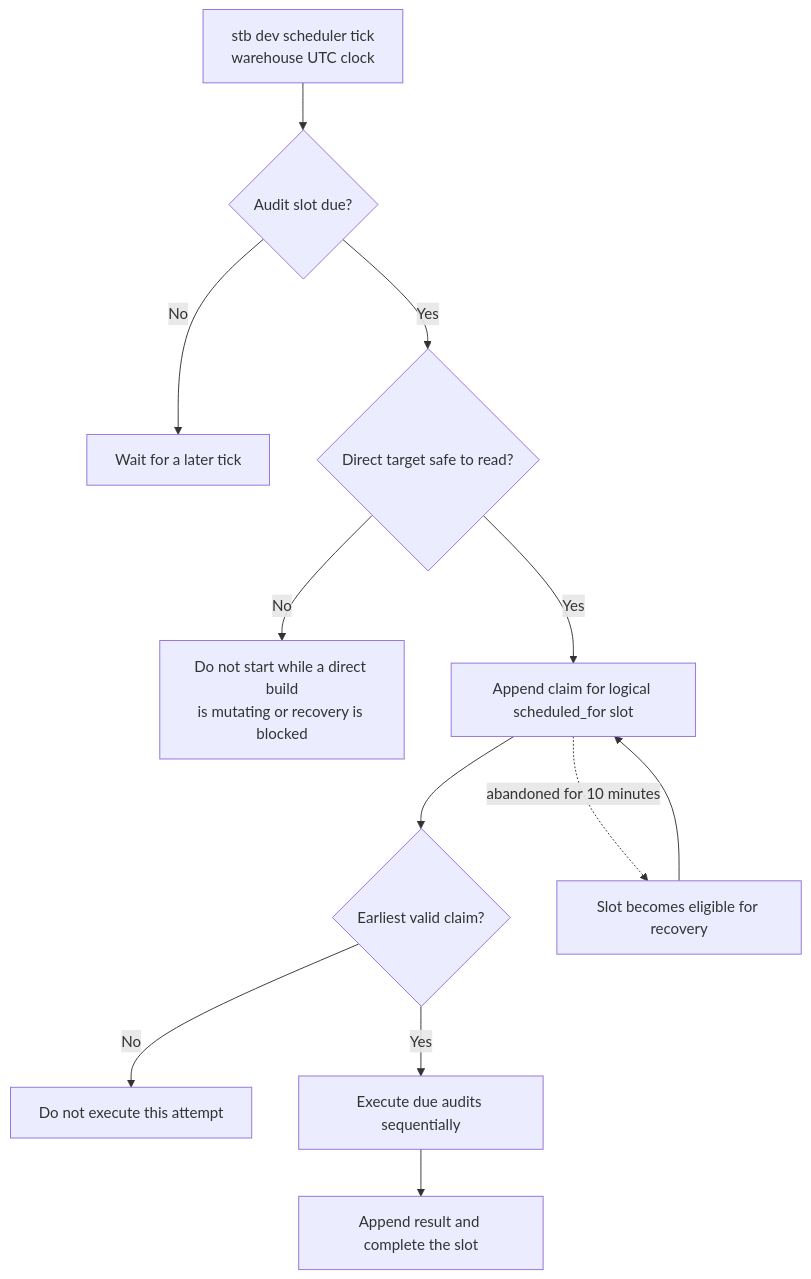
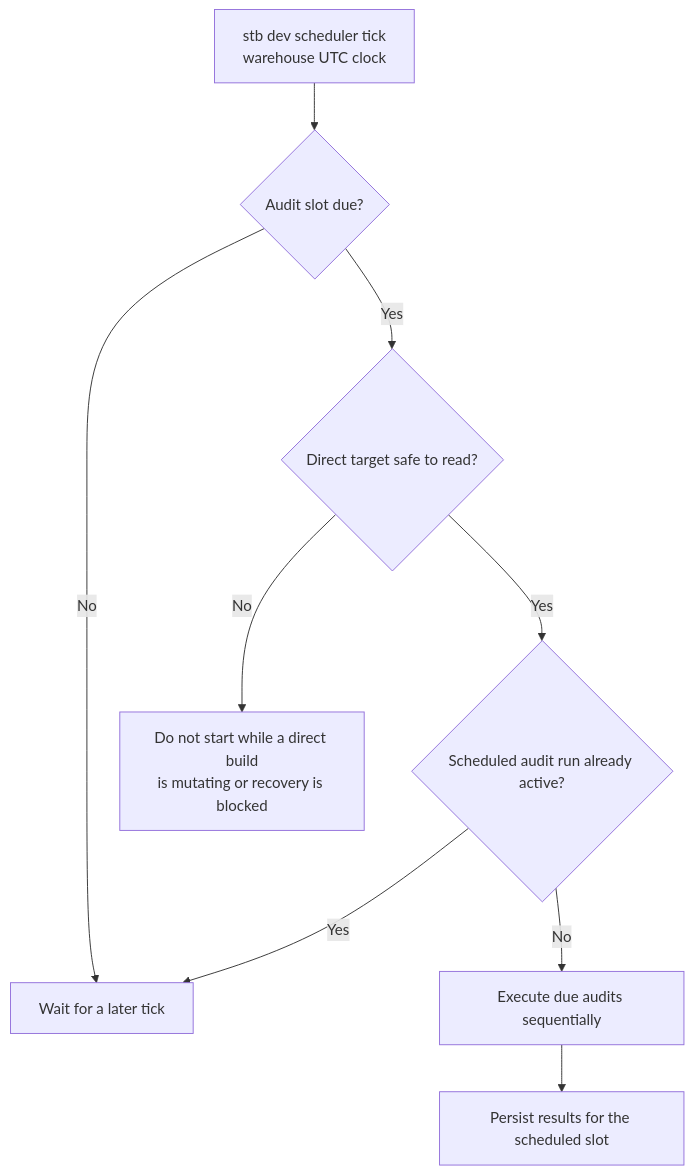
Before and after one commit to chio-labs/streambuild-docs: the diagram in concepts/audits.mdx, drawn with Mermaid. The commit also changed other lines of this file and 9 other files, not shown here.

````diff
--- a/concepts/audits.mdx
+++ b/concepts/audits.mdx
@@ -176,14 +176,11 @@
 ```mermaid
 flowchart TD
   tick["stb dev scheduler tick<br/>warehouse UTC clock"] --> due{"Audit slot due?"}
   due -- "No" --> wait["Wait for a later tick"]
   due -- "Yes" --> safe{"Direct target safe to read?"}
   safe -- "No" --> defer["Do not start while a direct build<br/>is mutating or recovery is blocked"]
-  safe -- "Yes" --> claim["Append claim for logical scheduled_for slot"]
-  claim --> earliest{"Earliest valid claim?"}
-  earliest -- "No" --> skip["Do not execute this attempt"]
-  earliest -- "Yes" --> execute["Execute due audits sequentially"]
-  execute --> result["Append result and complete the slot"]
-  claim -. "abandoned for 10 minutes" .-> recovery["Slot becomes eligible for recovery"]
-  recovery --> claim
+  safe -- "Yes" --> active{"Scheduled audit run already active?"}
+  active -- "Yes" --> wait
+  active -- "No" --> execute["Execute due audits sequentially"]
+  execute --> result["Persist results for the scheduled slot"]
 ```
````
